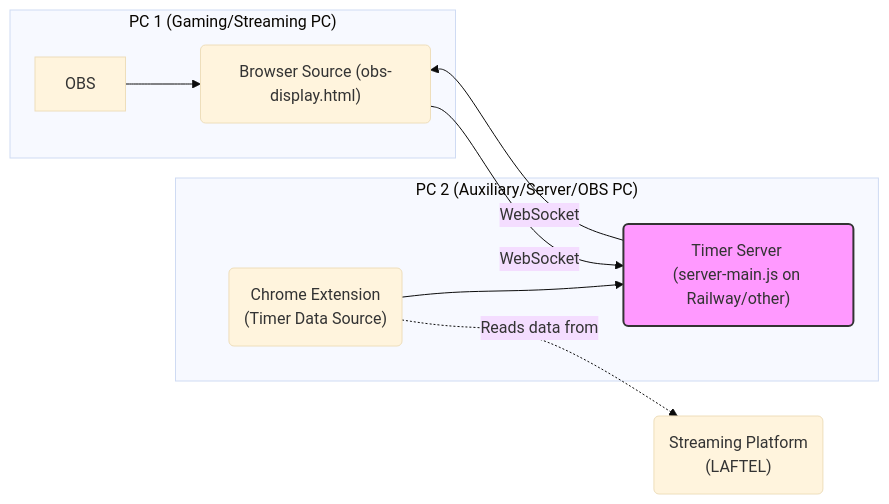
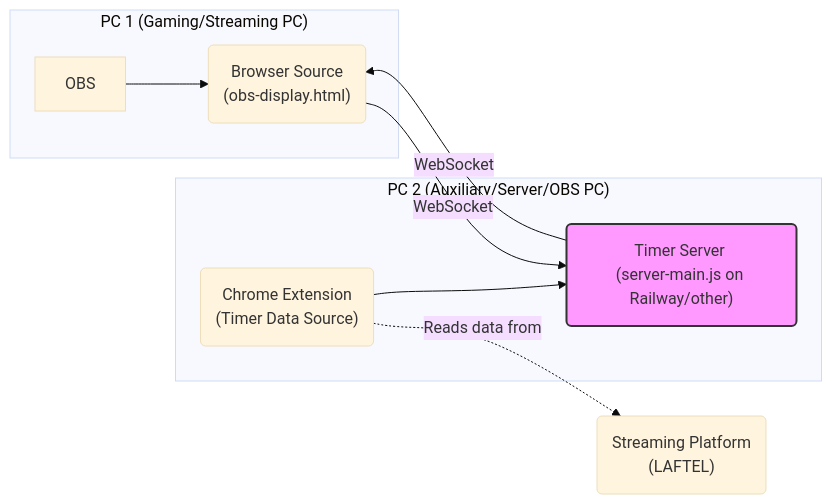
One commit to june-oh/obs-watch-party changed the second of 2 diagrams in README.md. Above: the diagram before and after it, drawn with Mermaid (base theme). The commit also changed other lines of this file, not shown here.

````diff
--- a/README.md
+++ b/README.md
@@ -48,17 +48,17 @@
 ```mermaid
 graph LR;
   subgraph "PC 1 (Gaming/Streaming PC)";
-    OBS --> BSource("Browser Source (obs-display.html)");  
+    OBS --> BSource("Browser Source  <br/>(obs-display.html)");  
   end;
 
   subgraph "PC 2 (Auxiliary/Server/OBS PC)";
-    ChromeExt("Chrome Extension <br>(Timer Data Source)") --> TimerServer("Timer Server <br>(server-main.js on Railway/other)");  
+    ChromeExt("Chrome Extension <br/>(Timer Data Source)") --> TimerServer("Timer Server <br/>(server-main.js on Railway/other)");  
   end;
 
-  StreamingPlatform("Streaming Platform <br>(LAFTEL)");  
+  StreamingPlatform("Streaming Platform <br/>(LAFTEL)");  
   ChromeExt -.->|Reads data from| StreamingPlatform;  
   TimerServer -- WebSocket --> BSource;  
   BSource -- WebSocket --> TimerServer;  
 
   style TimerServer fill:#f9f,stroke:#333,stroke-width:2px;  
 ```
````
